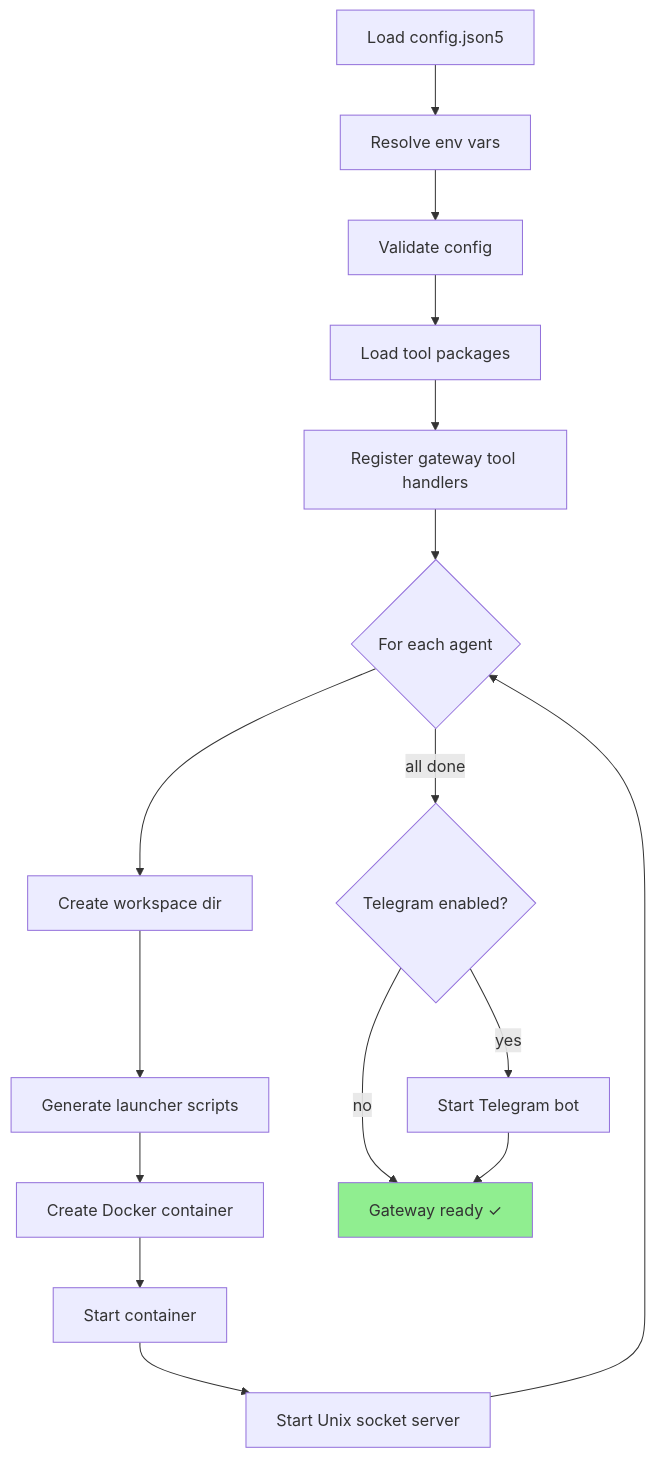
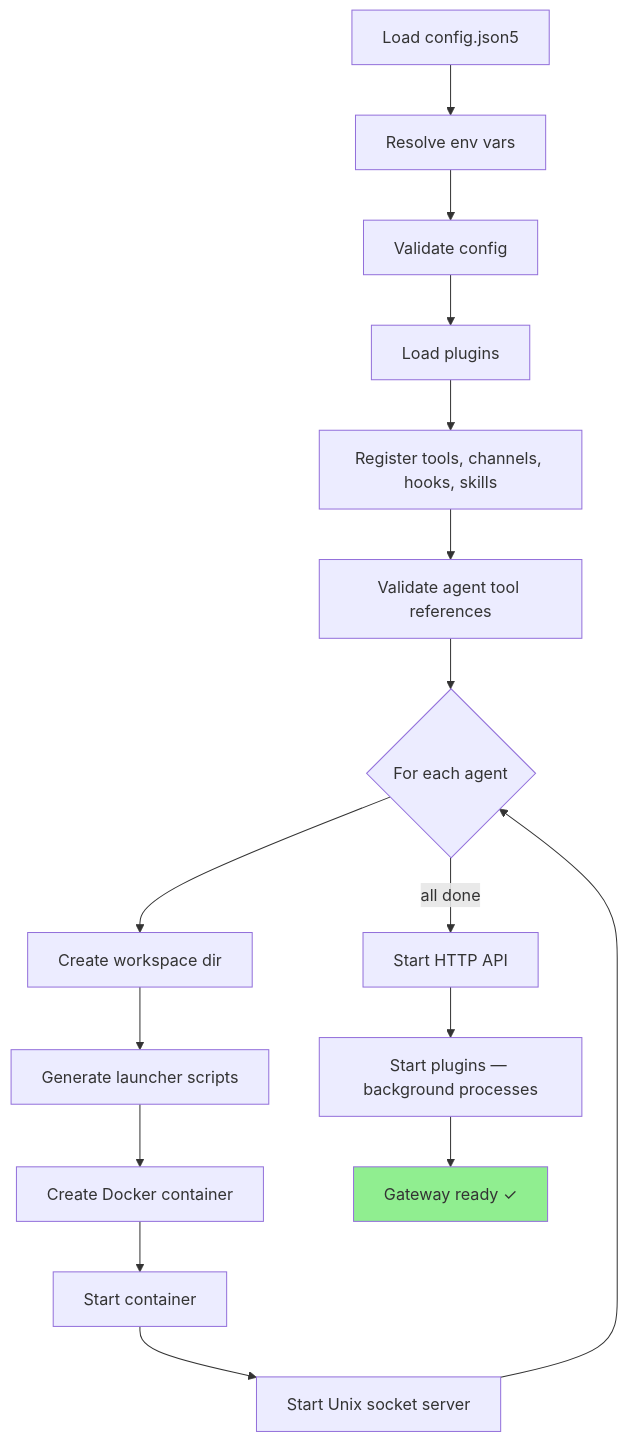
Diagram 11 of 11 in docs/gateway/request-flows.mdx (matthias-hausberger/beige), drawn with Mermaid before and after one commit. The commit also changed other lines of this file and 63 other files, not shown here.

First line of the commit message:
refactor!: plugin architecture

````diff
--- a/docs/gateway/request-flows.mdx
+++ b/docs/gateway/request-flows.mdx
@@ -330,22 +330,22 @@
 ```mermaid
 flowchart TD
     A[Load config.json5] --> B[Resolve env vars]
     B --> C[Validate config]
-    C --> D[Load tool packages]
-    D --> E[Register gateway tool handlers]
+    C --> D[Load plugins]
+    D --> E[Register tools, channels, hooks, skills]
+    E --> EV[Validate agent tool references]
 
-    E --> F{For each agent}
+    EV --> F{For each agent}
     F --> G[Create workspace dir]
     G --> H[Generate launcher scripts]
     H --> I[Create Docker container]
     I --> J[Start container]
     J --> K[Start Unix socket server]
     K --> F
 
-    F -->|all done| L{Telegram enabled?}
-    L -->|yes| M[Start Telegram bot]
-    L -->|no| N[Gateway ready ✓]
-    M --> N
+    F -->|all done| L[Start HTTP API]
+    L --> M[Start plugins — background processes]
+    M --> N[Gateway ready ✓]
 
     style N fill:#90EE90
 ```
````
